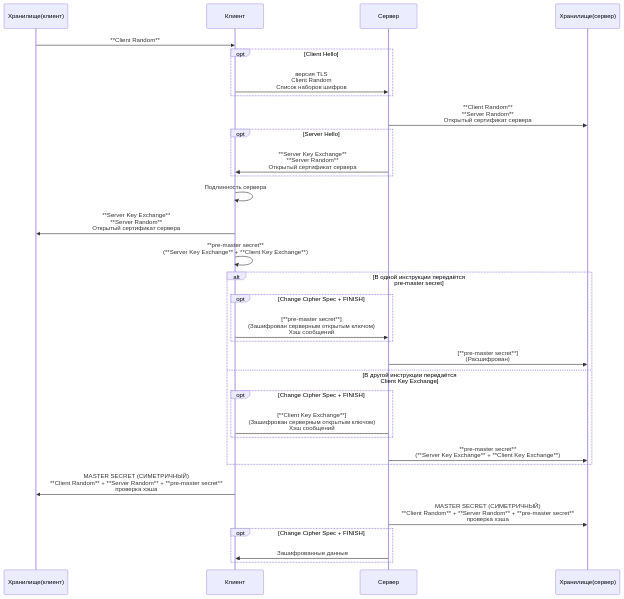
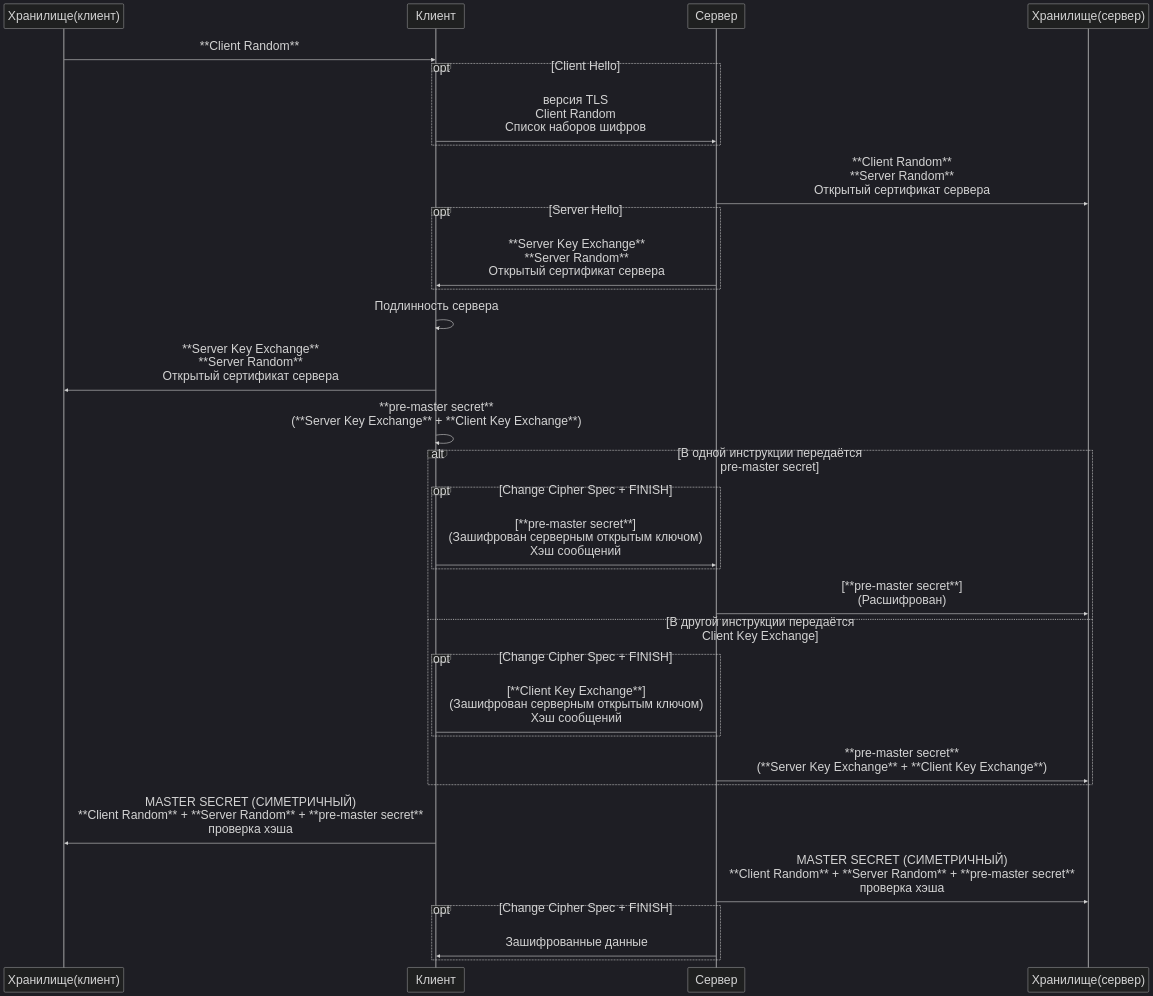
One commit to Firzen475/Common changed the diagram in linux/net/Теория/https запрос (поправить форматирование).md. Above: the diagram before and after it, drawn with Mermaid. The commit also changed 1 other file, not shown here.

````diff
--- a/linux/net/Теория/https запрос (поправить форматирование).md
+++ b/linux/net/Теория/https запрос (поправить форматирование).md
@@ -27,40 +27,41 @@
 ```mermaid
 %%{init: {
-  'theme': 'default',
-  'fontSize': '16',
-  'themeCSS': 'text { font-size: 16px !important; }',
+  'theme': 'dark',
+  'fontSize': '32px',
+  'themeCSS': "text { font-size: 16px !important; }, .actor { margin: 10px 20px 15px 5px; !important; }",
+  
   'fontFamily': 'sans-serif',
   'sequence': {
 
   }
 }}%%
 sequenceDiagram
     Хранилище(клиент) ->> Клиент: **Client Random**
     opt Client Hello
         Клиент->>Сервер: версия TLS<br>Client Random<br>Список наборов шифров
     end
     Сервер ->> Хранилище(сервер): **Client Random**<br>**Server Random**<br>Открытый сертификат сервера
     opt Server Hello
         Сервер->>Клиент: **Server Key Exchange**<br>**Server Random**<br>Открытый сертификат сервера
     end
     Клиент->>Клиент: Подлинность сервера
     Клиент->>Хранилище(клиент): **Server Key Exchange**<br>**Server Random**<br>Открытый сертификат сервера
     Клиент ->> Клиент: **pre-master secret**<br>(**Server Key Exchange** + **Client Key Exchange**)
     alt В одной инструкции передаётся<br>pre-master secret
         opt Change Cipher Spec + FINISH
             Клиент->>Сервер: [**pre-master secret**]<br>(Зашифрован серверным открытым ключом)<br>Хэш сообщений
         end
         Сервер ->> Хранилище(сервер): [**pre-master secret**]<br>(Расшифрован)
     else В другой инструкции передаётся<br>Client Key Exchange
         opt Change Cipher Spec + FINISH
             Клиент->Сервер: [**Client Key Exchange**]<br>(Зашифрован серверным открытым ключом)<br>Хэш сообщений
         end
         Сервер ->> Хранилище(сервер): **pre-master secret**<br>(**Server Key Exchange** + **Client Key Exchange**)
     end
     Клиент ->> Хранилище(клиент): MASTER SECRET (СИМЕТРИЧНЫЙ)<br> **Client Random** + **Server Random** + **pre-master secret**<br>проверка хэша
     Сервер ->> Хранилище(сервер): MASTER SECRET (СИМЕТРИЧНЫЙ)<br> **Client Random** + **Server Random** + **pre-master secret**<br>проверка хэша
     opt Change Cipher Spec + FINISH
         Сервер ->> Клиент: Зашифрованные данные
     end
 
 ```
````
